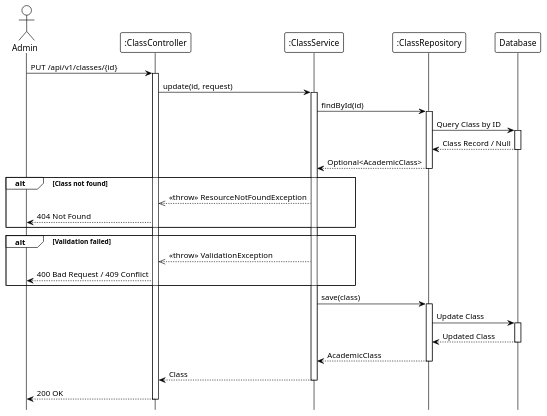
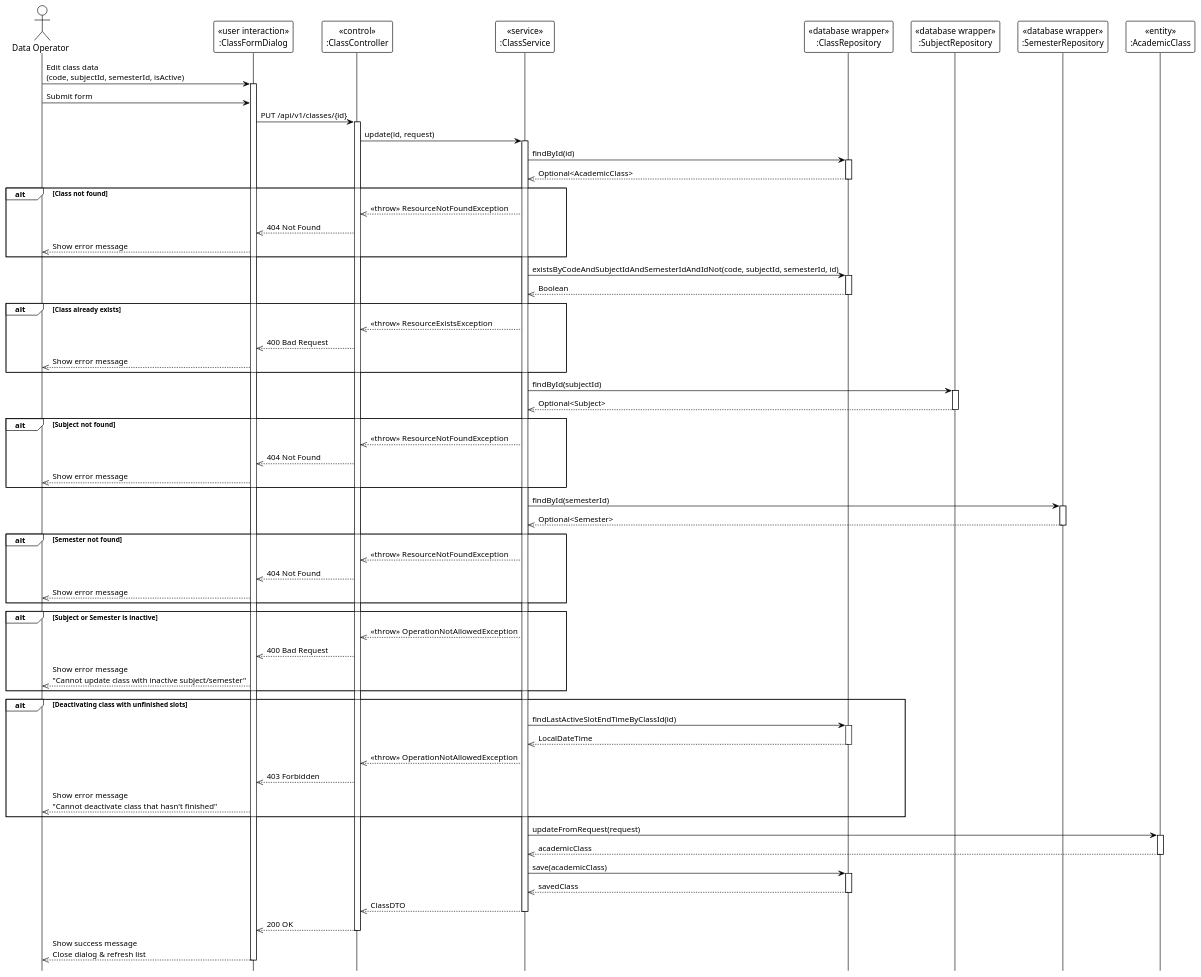
Before and after one commit to Ndh474/context: the diagram in system_detailed_design/26_update_class/sequence_diagram_update_class.puml, drawn with PlantUML. The commit also changed 5 other files, not shown here.

Commit message:
docs(system_detailed_design): add UML stereotypes to class sequence diagrams

```diff
--- a/system_detailed_design/26_update_class/sequence_diagram_update_class.puml
+++ b/system_detailed_design/26_update_class/sequence_diagram_update_class.puml
@@ -1,59 +1,114 @@
 @startuml update_class
 !theme plain
 hide footbox
 
-actor Admin
-participant ":ClassController" as Controller
-participant ":ClassService" as Service
-participant ":ClassRepository" as Repository
-participant "Database" as DB
+actor "Data Operator" as DataOperator
 
-' --- MAIN FLOW ---
-Admin -> Controller: PUT /api/v1/classes/{id}
+participant "«user interaction»\n:ClassFormDialog" as UI
+participant "«control»\n:ClassController" as Controller
+participant "«service»\n:ClassService" as Service
+participant "«database wrapper»\n:ClassRepository" as Repository
+participant "«database wrapper»\n:SubjectRepository" as SubjectRepository
+participant "«database wrapper»\n:SemesterRepository" as SemesterRepository
+participant "«entity»\n:AcademicClass" as Entity
+
+' === MAIN FLOW ===
+DataOperator -> UI: Edit class data\n(code, subjectId, semesterId, isActive)
+activate UI
+
+DataOperator -> UI: Submit form
+UI -> Controller: PUT /api/v1/classes/{id}
 activate Controller
 
 Controller -> Service: update(id, request)
 activate Service
 
-' --- FIND EXISTING ---
+' === FIND EXISTING ===
 Service -> Repository: findById(id)
 activate Repository
-
-Repository -> DB: Query Class by ID
-activate DB
-DB --> Repository: Class Record / Null
-deactivate DB
-
-Repository --> Service: Optional<AcademicClass>
+Repository -->> Service: Optional<AcademicClass>
 deactivate Repository
 
 alt Class not found
     Service -->> Controller: <<throw>> ResourceNotFoundException
-    Controller --> Admin: 404 Not Found
+    Controller -->> UI: 404 Not Found
+    UI -->> DataOperator: Show error message
 end
 
-' Validation logic (internal: code uniqueness, subject/semester validation, deactivation check)
+' === VALIDATION: UNIQUE CONSTRAINT ===
+Service -> Repository: existsByCodeAndSubjectIdAndSemesterIdAndIdNot(code, subjectId, semesterId, id)
+activate Repository
+Repository -->> Service: Boolean
+deactivate Repository
 
-alt Validation failed
-    Service -->> Controller: <<throw>> ValidationException
-    Controller --> Admin: 400 Bad Request / 409 Conflict
+alt Class already exists
+    Service -->> Controller: <<throw>> ResourceExistsException
+    Controller -->> UI: 400 Bad Request
+    UI -->> DataOperator: Show error message
 end
 
-Service -> Repository: save(class)
+' === LOOKUP SUBJECT ===
+Service -> SubjectRepository: findById(subjectId)
+activate SubjectRepository
+SubjectRepository -->> Service: Optional<Subject>
+deactivate SubjectRepository
+
+alt Subject not found
+    Service -->> Controller: <<throw>> ResourceNotFoundException
+    Controller -->> UI: 404 Not Found
+    UI -->> DataOperator: Show error message
+end
+
+' === LOOKUP SEMESTER ===
+Service -> SemesterRepository: findById(semesterId)
+activate SemesterRepository
+SemesterRepository -->> Service: Optional<Semester>
+deactivate SemesterRepository
+
+alt Semester not found
+    Service -->> Controller: <<throw>> ResourceNotFoundException
+    Controller -->> UI: 404 Not Found
+    UI -->> DataOperator: Show error message
+end
+
+' === CHECK ACTIVE STATUS ===
+alt Subject or Semester is inactive
+    Service -->> Controller: <<throw>> OperationNotAllowedException
+    Controller -->> UI: 400 Bad Request
+    UI -->> DataOperator: Show error message\n"Cannot update class with inactive subject/semester"
+end
+
+' === DEACTIVATION CHECK ===
+alt Deactivating class with unfinished slots
+    Service -> Repository: findLastActiveSlotEndTimeByClassId(id)
+    activate Repository
+    Repository -->> Service: LocalDateTime
+    deactivate Repository
+
+    Service -->> Controller: <<throw>> OperationNotAllowedException
+    Controller -->> UI: 403 Forbidden
+    UI -->> DataOperator: Show error message\n"Cannot deactivate class that hasn't finished"
+end
+
+' === UPDATE ENTITY ===
+Service -> Entity: updateFromRequest(request)
+activate Entity
+Entity -->> Service: academicClass
+deactivate Entity
+
+' === SAVE ===
+Service -> Repository: save(academicClass)
 activate Repository
-
-Repository -> DB: Update Class
-activate DB
-DB --> Repository: Updated Class
-deactivate DB
-
-Repository --> Service: AcademicClass
+Repository -->> Service: savedClass
 deactivate Repository
 
-Service --> Controller: Class
+Service -->> Controller: ClassDTO
 deactivate Service
 
-Controller --> Admin: 200 OK
+Controller -->> UI: 200 OK
 deactivate Controller
 
+UI -->> DataOperator: Show success message\nClose dialog & refresh list
+deactivate UI
+
 @enduml
```
